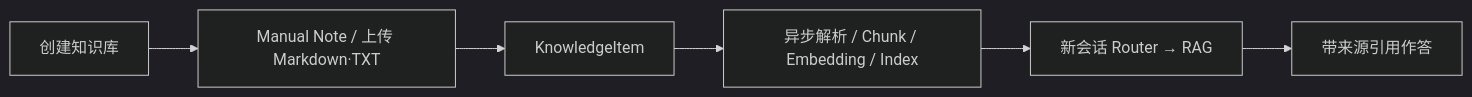
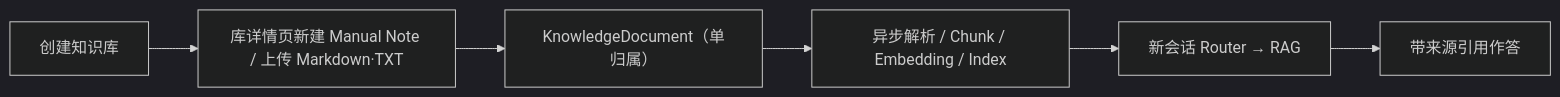
Before and after one commit to MoonRounds/knowflow-sanjin: the second of 4 diagrams in README.md, drawn with Mermaid (dark theme). The commit also changed other lines of this file, not shown here.

First line of the commit message:
docs: README 更新至 V1.5（三闭环、KnowledgeDocument、手动选库问答）

````diff
--- a/README.md
+++ b/README.md
@@ -93,8 +95,8 @@
 ```mermaid
 graph LR
-    A2["创建知识库"] --> B2["Manual Note / 上传 Markdown·TXT"]
-    B2 --> C2["KnowledgeItem"]
+    A2["创建知识库"] --> B2["库详情页新建 Manual Note / 上传 Markdown·TXT"]
+    B2 --> C2["KnowledgeDocument（单归属）"]
     C2 --> D2["异步解析 / Chunk / Embedding / Index"]
     D2 --> E2["新会话 Router → RAG"]
     E2 --> F2["带来源引用作答"]
 ```
````
